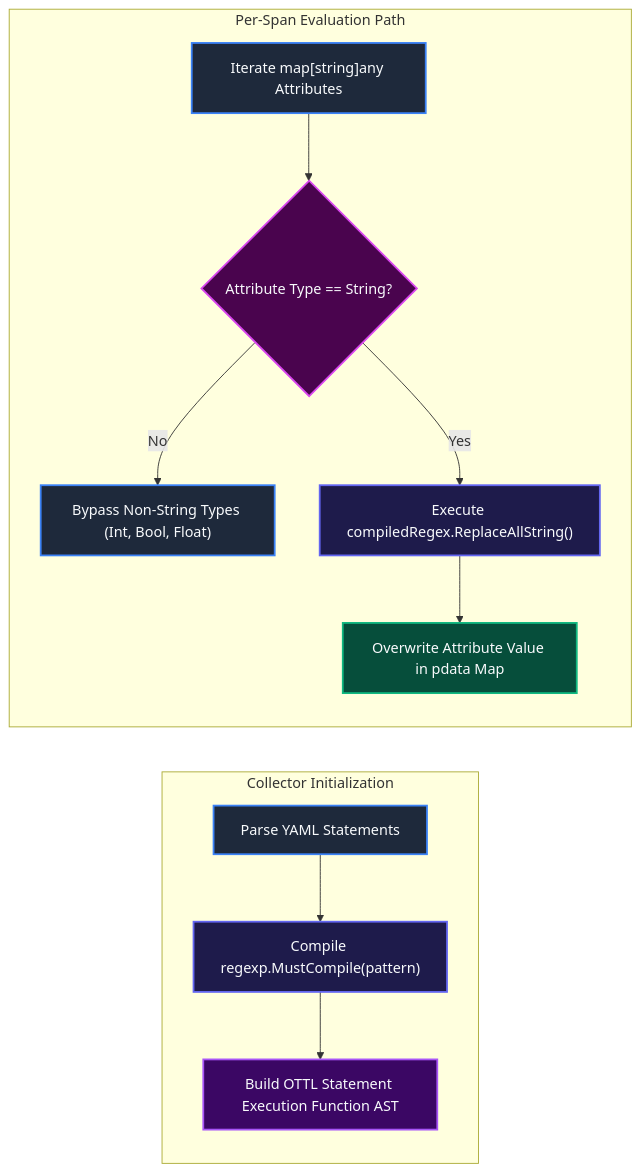
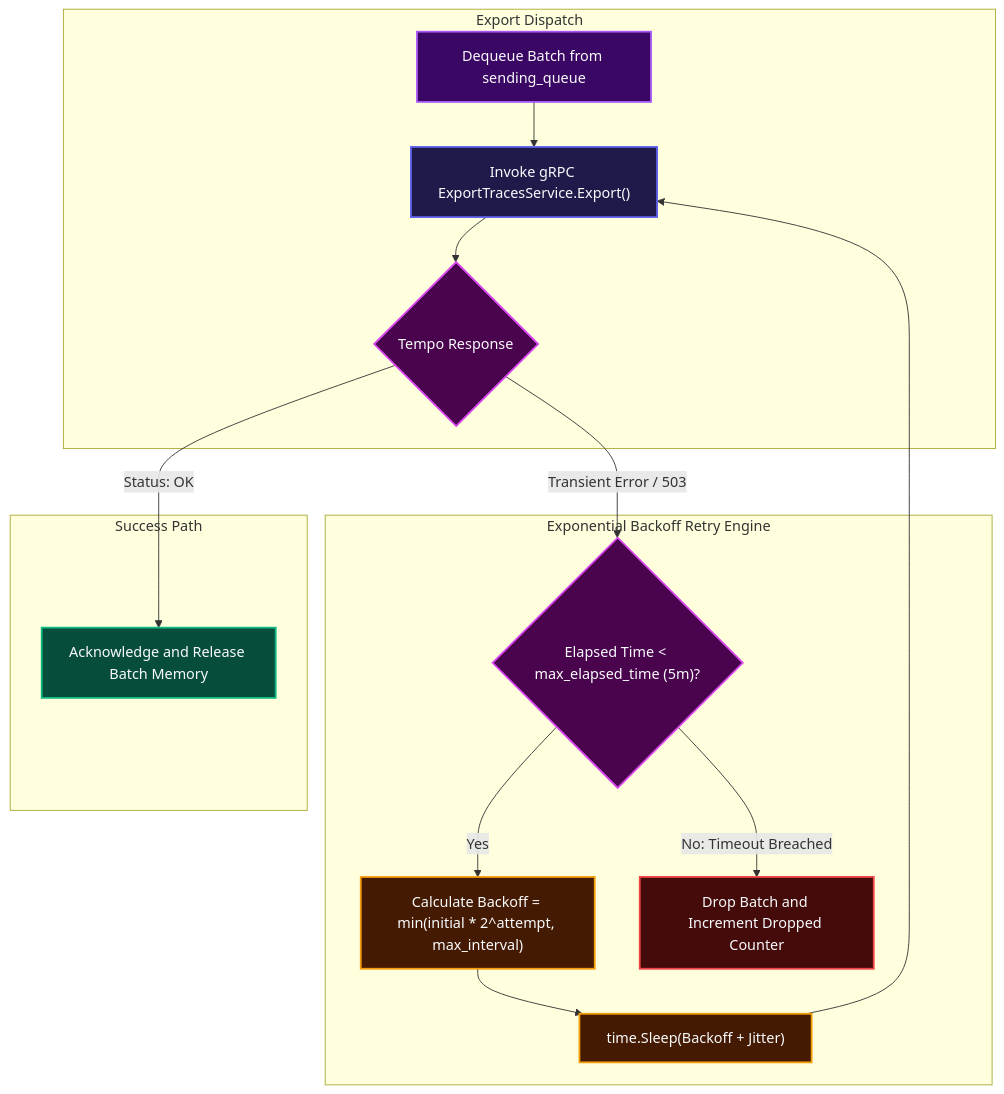
One commit to Chief-Strategist-J/llm-obs-infra changed diagram 14 of 22 in docs/configDoc/otel-collector-configuration-guide.md. Above: the diagram before and after it, drawn with Mermaid. The commit also changed other lines of this file, not shown here.

First line of the commit message:
docs(otel-collector): complete all 40 parameters and add HLD/LLD designs across every section

````diff
--- a/docs/configDoc/otel-collector-configuration-guide.md
+++ b/docs/configDoc/otel-collector-configuration-guide.md
@@ -875,23 +1342,28 @@
 ```mermaid
-graph LR
-    subgraph StartupPhase ["Collector Initialization"]
-        ConfigLoad["Parse YAML Statements"] --> CompileRegex["Compile regexp.MustCompile(pattern)"]
-        CompileRegex --> ASTBuild["Build OTTL Statement Execution Function AST"]
+graph TD
+    subgraph DispatchAttempt ["Export Dispatch"]
+        DequeueBatch["Dequeue Batch from sending_queue"] --> CallExport["Invoke gRPC ExportTracesService.Export()"]
+        CallExport --> ResponseCheck{"Tempo Response"}
     end
 
-    subgraph ExecutionPhase ["Per-Span Evaluation Path"]
-        SpanIn["Iterate map[string]any Attributes"] --> TypeCheck{"Attribute Type == String?"}
-        TypeCheck -->|No| SkipAttr["Bypass Non-String Types (Int, Bool, Float)"]
-        TypeCheck -->|Yes| MatchRegex["Execute compiledRegex.ReplaceAllString()"]
-        MatchRegex --> MutateInPlace["Overwrite Attribute Value in pdata Map"]
+    subgraph SuccessPath ["Success Path"]
+        ResponseCheck -->|Status: OK| AckBatch["Acknowledge and Release Batch Memory"]
     end
 
-    style ConfigLoad fill:#1e293b,stroke:#3b82f6,stroke-width:2px,color:#f8fafc
-    style CompileRegex fill:#1e1b4b,stroke:#6366f1,stroke-width:2px,color:#f8fafc
-    style ASTBuild fill:#3b0764,stroke:#a855f7,stroke-width:2px,color:#f8fafc
-    style SpanIn fill:#1e293b,stroke:#3b82f6,stroke-width:2px,color:#f8fafc
-    style TypeCheck fill:#4a044e,stroke:#d946ef,stroke-width:2px,color:#f8fafc
-    style SkipAttr fill:#1e293b,stroke:#3b82f6,stroke-width:2px,color:#f8fafc
-    style MatchRegex fill:#1e1b4b,stroke:#6366f1,stroke-width:2px,color:#f8fafc
-    style MutateInPlace fill:#064e3b,stroke:#10b981,stroke-width:2px,color:#f8fafc
+    subgraph RetryStateMachine ["Exponential Backoff Retry Engine"]
+        ResponseCheck -->|Transient Error / 503| CheckElapsed{"Elapsed Time < max_elapsed_time (5m)?"}
+        CheckElapsed -->|Yes| CalcBackoff["Calculate Backoff = min(initial * 2^attempt, max_interval)"]
+        CalcBackoff --> SleepWait["time.Sleep(Backoff + Jitter)"]
+        SleepWait --> CallExport
+        CheckElapsed -->|No: Timeout Breached| DropBatch["Drop Batch and Increment Dropped Counter"]
+    end
+
+    style DequeueBatch fill:#3b0764,stroke:#a855f7,stroke-width:2px,color:#f8fafc
+    style CallExport fill:#1e1b4b,stroke:#6366f1,stroke-width:2px,color:#f8fafc
+    style ResponseCheck fill:#4a044e,stroke:#d946ef,stroke-width:2px,color:#f8fafc
+    style AckBatch fill:#064e3b,stroke:#10b981,stroke-width:2px,color:#f8fafc
+    style CheckElapsed fill:#4a044e,stroke:#d946ef,stroke-width:2px,color:#f8fafc
+    style CalcBackoff fill:#451a03,stroke:#f59e0b,stroke-width:2px,color:#f8fafc
+    style SleepWait fill:#451a03,stroke:#f59e0b,stroke-width:2px,color:#f8fafc
+    style DropBatch fill:#450a0a,stroke:#ef4444,stroke-width:2px,color:#f8fafc
 ```
````
